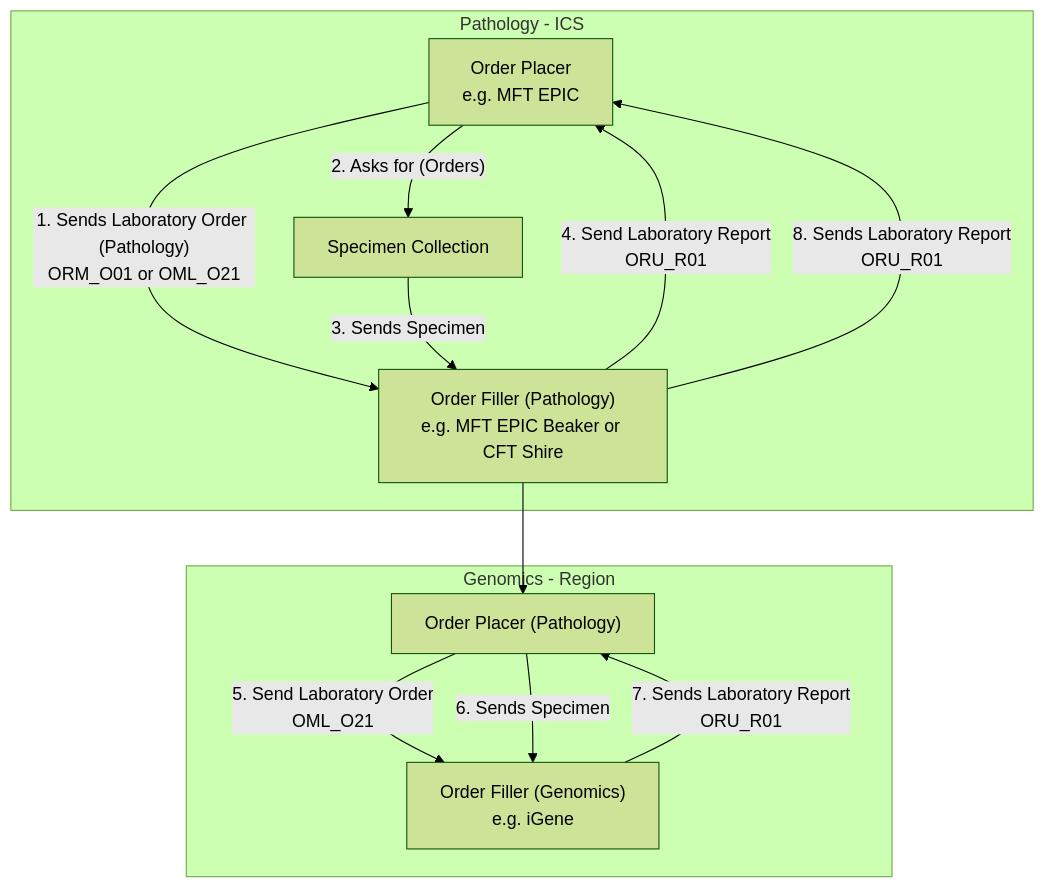
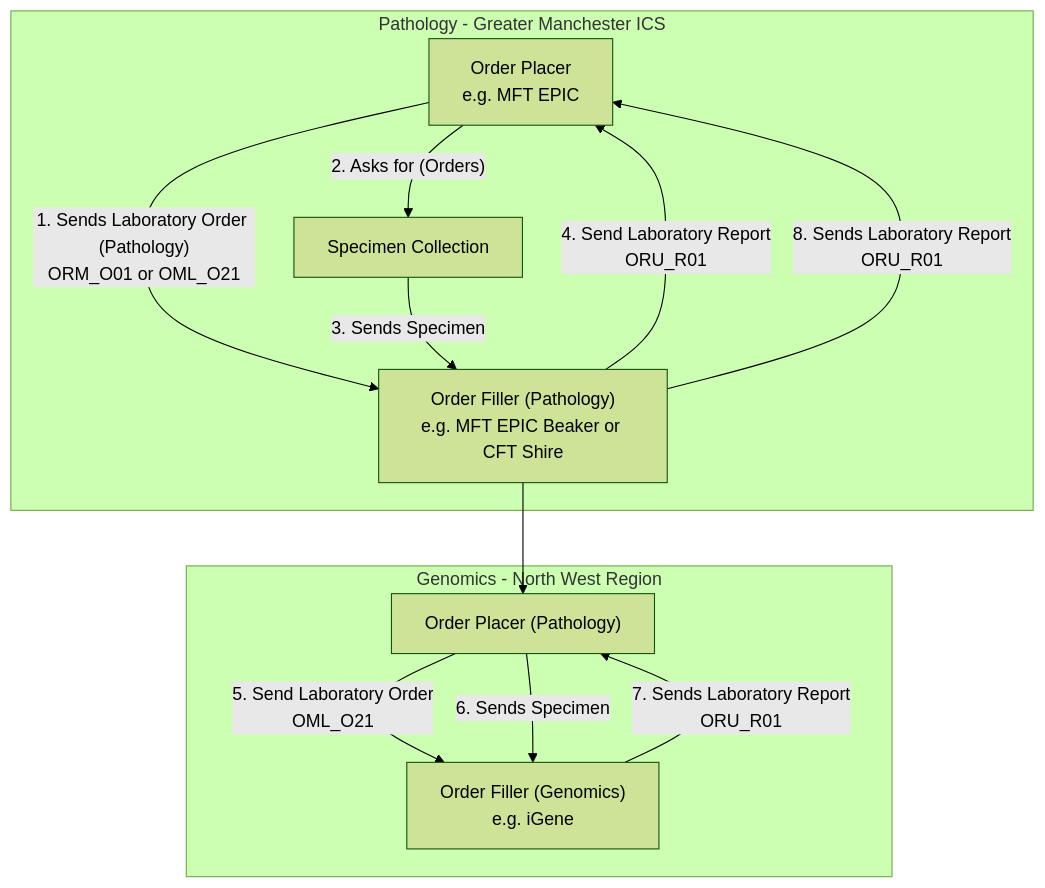
Before and after one commit to uk-gov-mirror/nw-gmsa.nw-gmsa.github.com: the third of 3 diagrams in input/pagecontent/LTW.md, drawn with Mermaid (forest theme).

Commit message:
tags and keywords

````diff
--- a/input/pagecontent/LTW.md
+++ b/input/pagecontent/LTW.md
@@ -314,19 +314,19 @@
 ```mermaid
 
 graph TD;
-    subgraph Pathology["Pathology - ICS"]
+    subgraph Pathology["Pathology - Greater Manchester ICS"]
         OrderPlacer[Order Placer<br/>e.g. MFT EPIC] --> |"1. Sends Laboratory Order (Pathology)<br/>ORM_O01 or OML_O21"| OrderFiller["Order Filler (Pathology)<br/>e.g. MFT EPIC Beaker or CFT Shire"]
         OrderPlacer --> |"2. Asks for (Orders)"| SpecimenCollection
         SpecimenCollection[Specimen Collection] --> |3. Sends Specimen| OrderFiller
         OrderFiller --> |4. Send Laboratory Report<br/>ORU_R01| OrderPlacer
     end 
-    subgraph Genomics["Genomics - Region"]
+    subgraph Genomics["Genomics - North West Region"]
       OrderPlacerG["Order Placer (Pathology)"] --> |5. Send Laboratory Order<br/>OML_O21| OrderFillerG["Order Filler (Genomics)<br/>e.g. iGene"]
       OrderPlacerG --> |6. Sends Specimen| OrderFillerG
       OrderFillerG --> |7. Sends Laboratory Report<br/>ORU_R01| OrderPlacerG
     end
 
     OrderFiller --> OrderPlacerG
     OrderFiller --> |8. Sends Laboratory Report<br/>ORU_R01| OrderPlacer
 
 ```
````
